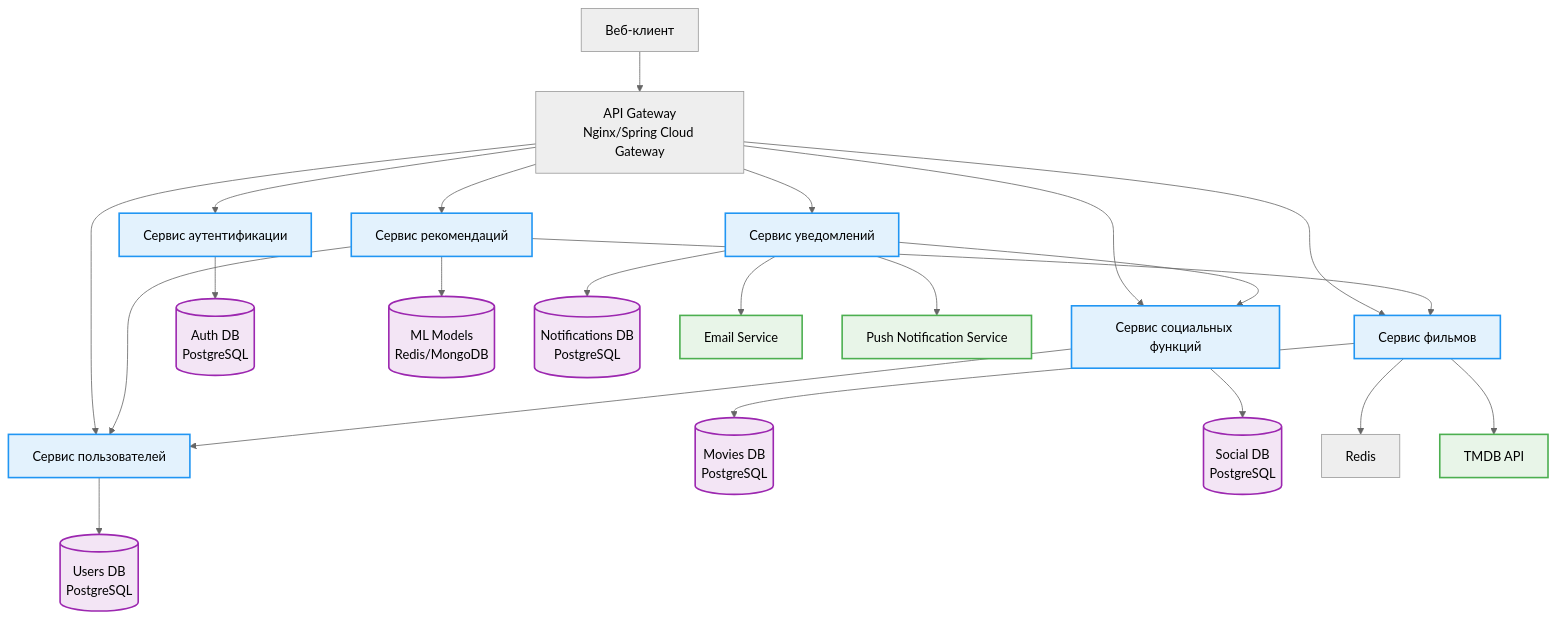
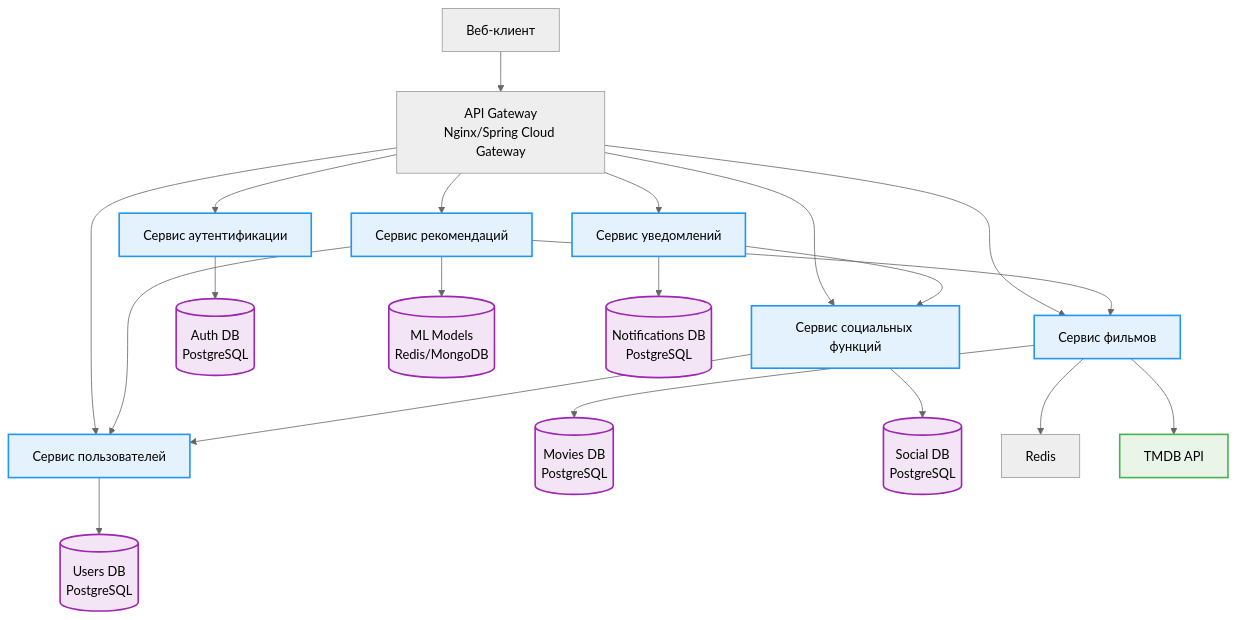
Before and after one commit to BALLUUNN/zavozwww: the first of 8 diagrams in docs/tr.md, drawn with Mermaid (neutral theme).

Commit message:
убраны разделения сервиса уведомлений

````diff
--- a/docs/tr.md
+++ b/docs/tr.md
@@ -208,64 +208,62 @@
 ```mermaid
 graph TB
     %% Клиентская часть
     WEB[Веб-клиент]
     
     %% API Gateway
     GW[API Gateway<br/>Nginx/Spring Cloud Gateway]
     
     %% Микросервисы
     AUTH[Сервис аутентификации]
     USER[ Сервис пользователей]
     MOVIE[ Сервис фильмов]
     REC[Сервис рекомендаций]
     SOCIAL[Сервис социальных функций]
     NOTIFY[Сервис уведомлений]
     
     %% Базы данных
     AUTH_DB[(Auth DB<br/>PostgreSQL)]
     USER_DB[(Users DB<br/>PostgreSQL)]
     MOVIE_DB[(Movies DB<br/>PostgreSQL)]
     REC_DB[(ML Models<br/>Redis/MongoDB)]
     SOCIAL_DB[(Social DB<br/>PostgreSQL)]
     NOTIFY_DB[(Notifications DB<br/>PostgreSQL)]
     Redis[Redis]
     %% Внешние сервисы
     TMDB[TMDB API]
-    EMAIL[Email Service]
-    PUSH[Push Notification Service]
+
     
     %% Соединения
     WEB --> GW
     GW --> AUTH
     GW --> USER
     GW --> MOVIE
     GW --> REC
     GW --> SOCIAL
     GW --> NOTIFY
     
     AUTH --> AUTH_DB
     USER --> USER_DB
     MOVIE --> MOVIE_DB
     MOVIE --> Redis
     REC --> REC_DB
     SOCIAL --> SOCIAL_DB
     NOTIFY --> NOTIFY_DB
     
     MOVIE --> TMDB
-    NOTIFY --> EMAIL
-    NOTIFY --> PUSH
+
     
     REC --> USER
     REC --> MOVIE
     SOCIAL --> USER
     NOTIFY --> SOCIAL
     
     %% Стили
     classDef microservice fill:#e3f2fd,stroke:#2196f3,stroke-width:2px
     classDef database fill:#f3e5f5,stroke:#9c27b0,stroke-width:2px
     classDef external fill:#e8f5e8,stroke:#4caf50,stroke-width:2px
     
     class AUTH,USER,MOVIE,REC,SOCIAL,NOTIFY microservice
     class AUTH_DB,USER_DB,MOVIE_DB,REC_DB,SOCIAL_DB,NOTIFY_DB database
     class TMDB,EMAIL,PUSH external
 ```
````
